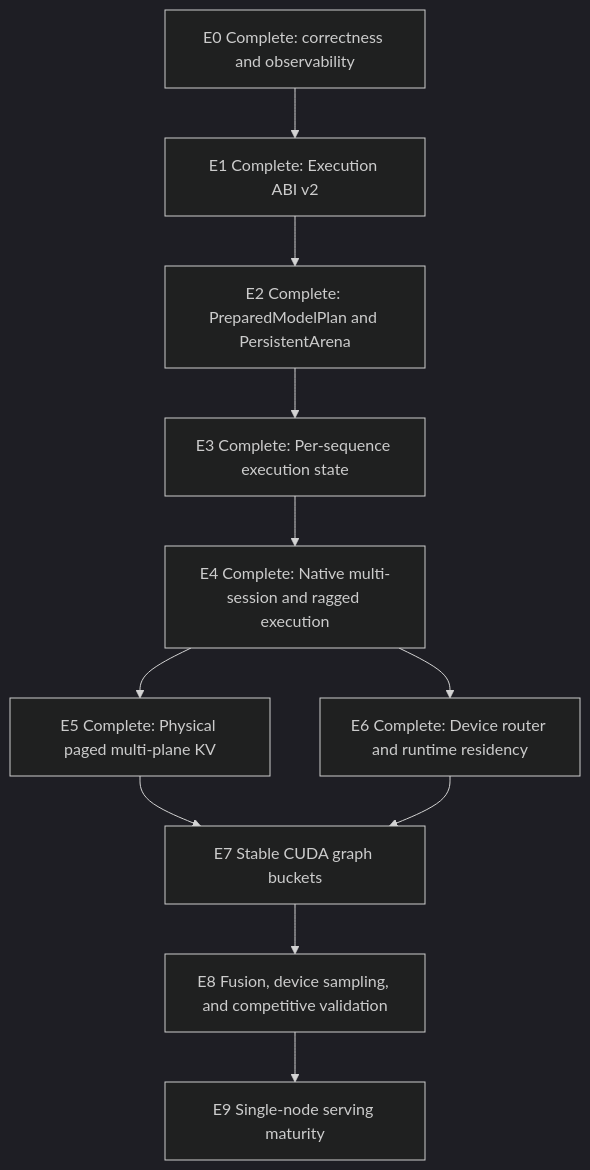
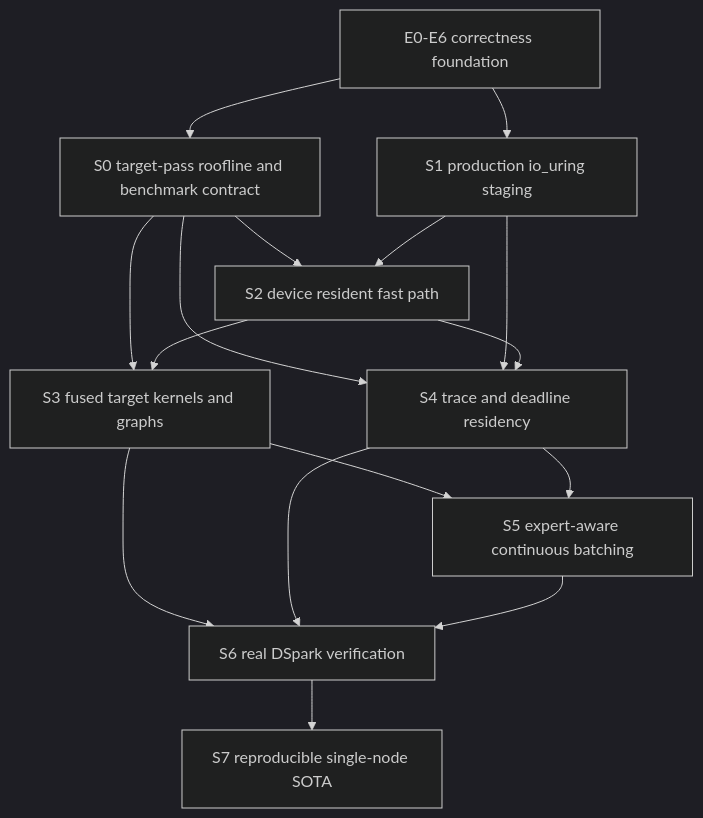
The diagram in docs/ROADMAP.md (devillove084/Ferrule), drawn with Mermaid (dark theme) before and after one commit. The commit also changed other lines of this file and 43 other files, not shown here.

Commit message:
feat: advance DSV4 expert streaming and single-node SOTA runtime

````diff
--- a/docs/ROADMAP.md
+++ b/docs/ROADMAP.md
@@ -171,14 +387,28 @@
 ```mermaid
 flowchart TD
-    E0[E0 Complete: correctness and observability] --> E1[E1 Complete: Execution ABI v2]
-    E1 --> E2[E2 Complete: PreparedModelPlan and PersistentArena]
-    E2 --> E3[E3 Complete: Per-sequence execution state]
-    E3[E3 Complete: Per-sequence execution state]
-    E3 --> E4[E4 Complete: Native multi-session and ragged execution]
-    E4 --> E5[E5 Complete: Physical paged multi-plane KV]
-    E4 --> E6[E6 Complete: Device router and runtime residency]
-    E5 --> E7[E7 Stable CUDA graph buckets]
-    E6 --> E7
-    E7 --> E8[E8 Fusion, device sampling, and competitive validation]
-    E8 --> E9[E9 Single-node serving maturity]
+    F[E0-E6 correctness foundation]
+    S0[S0 target-pass roofline and benchmark contract]
+    S1[S1 production io_uring staging]
+    S2[S2 device resident fast path]
+    S3[S3 fused target kernels and graphs]
+    S4[S4 trace and deadline residency]
+    S5[S5 expert-aware continuous batching]
+    S6[S6 real DSpark verification]
+    S7[S7 reproducible single-node SOTA]
+
+    F --> S0
+    F --> S1
+    S0 --> S2
+    S1 --> S2
+    S0 --> S3
+    S2 --> S3
+    S0 --> S4
+    S1 --> S4
+    S2 --> S4
+    S3 --> S5
+    S4 --> S5
+    S3 --> S6
+    S4 --> S6
+    S5 --> S6
+    S6 --> S7
 ```
````
